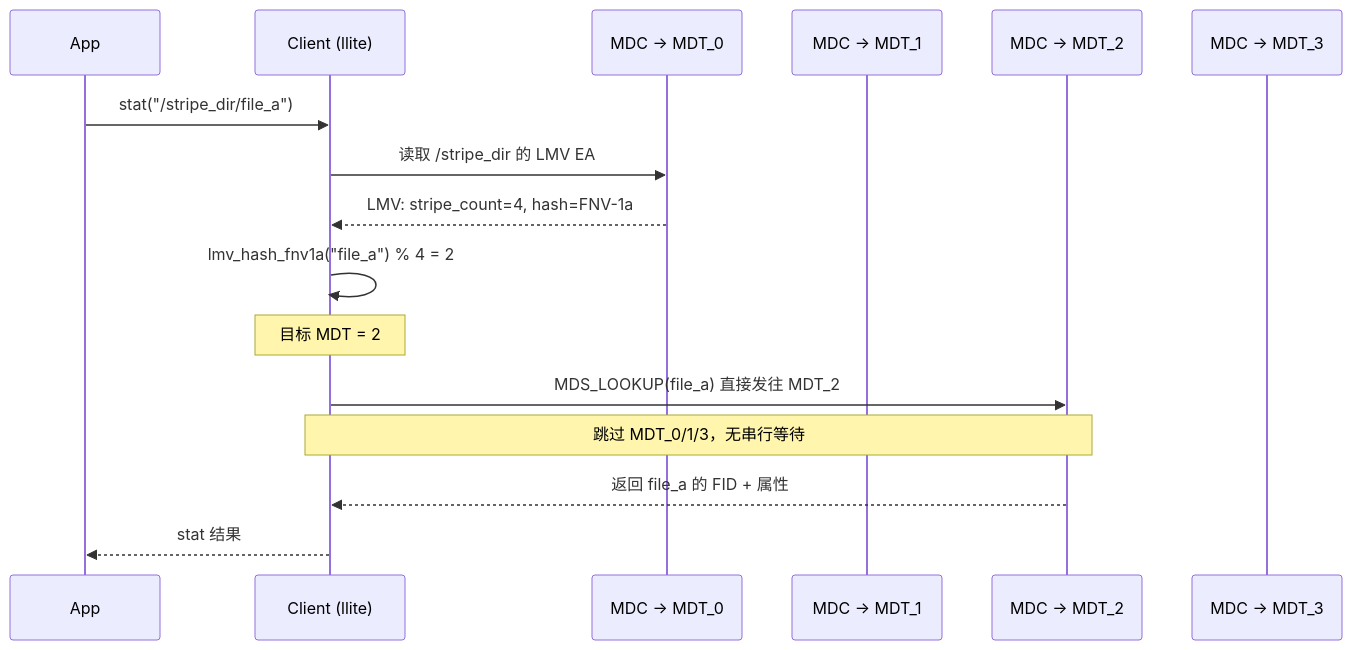
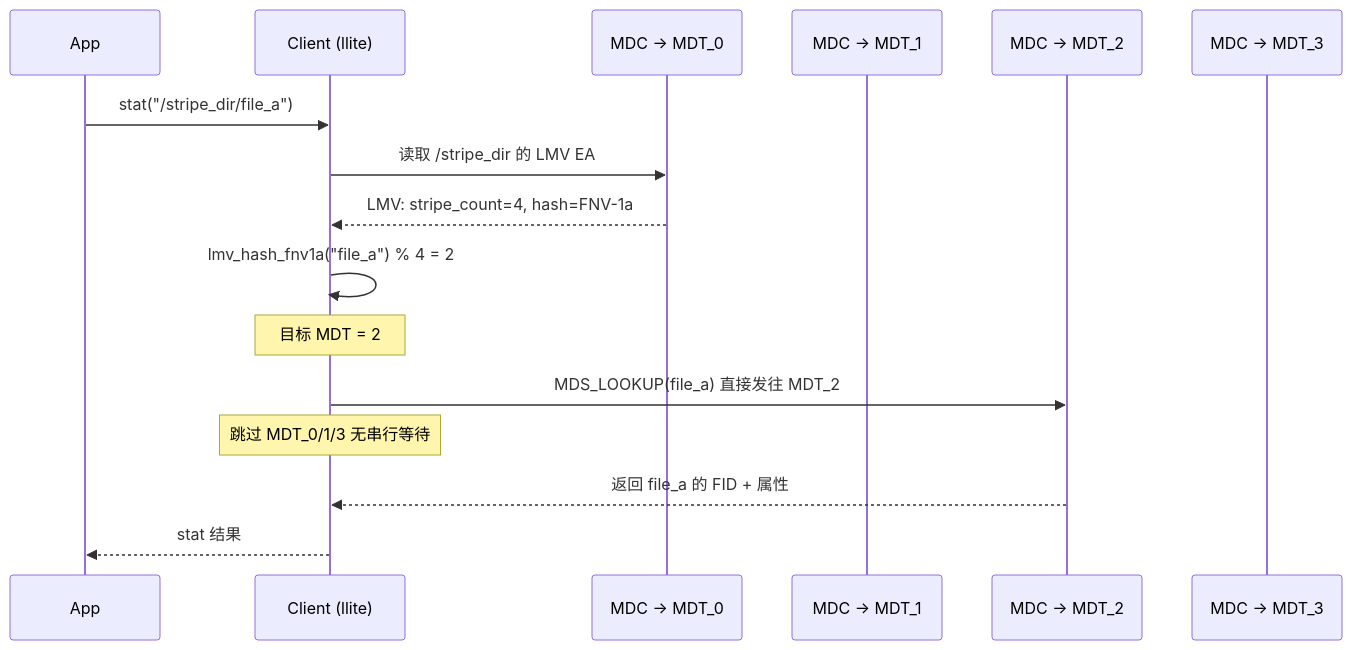
One commit to carlvinhust2012/MyStudy changed the fifth of 9 diagrams in Storage/lustre/lustre的并行机制分析.md. Above: the diagram before and after it, drawn with Mermaid. The commit also changed other lines of this file, not shown here.

````diff
--- a/Storage/lustre/lustre的并行机制分析.md
+++ b/Storage/lustre/lustre的并行机制分析.md
@@ -297,23 +297,23 @@
 ```mermaid
 sequenceDiagram
     participant App
     participant LLite as Client (llite)
     participant MDC0 as MDC → MDT_0
     participant MDC1 as MDC → MDT_1
     participant MDC2 as MDC → MDT_2
     participant MDC3 as MDC → MDT_3
 
     App->>LLite: stat("/stripe_dir/file_a")
 
     LLite->>MDC0: 读取 /stripe_dir 的 LMV EA
     MDC0-->>LLite: LMV: stripe_count=4, hash=FNV-1a
 
     LLite->>LLite: lmv_hash_fnv1a("file_a") % 4 = 2
     Note over LLite: 目标 MDT = 2
 
     LLite->>MDC2: MDS_LOOKUP(file_a) 直接发往 MDT_2
-    Note over LLite,MDC2: 跳过 MDT_0/1/3，无串行等待
+    Note over LLite: 跳过 MDT_0/1/3 无串行等待
 
     MDC2-->>LLite: 返回 file_a 的 FID + 属性
     LLite-->>App: stat 结果
 ```
````
